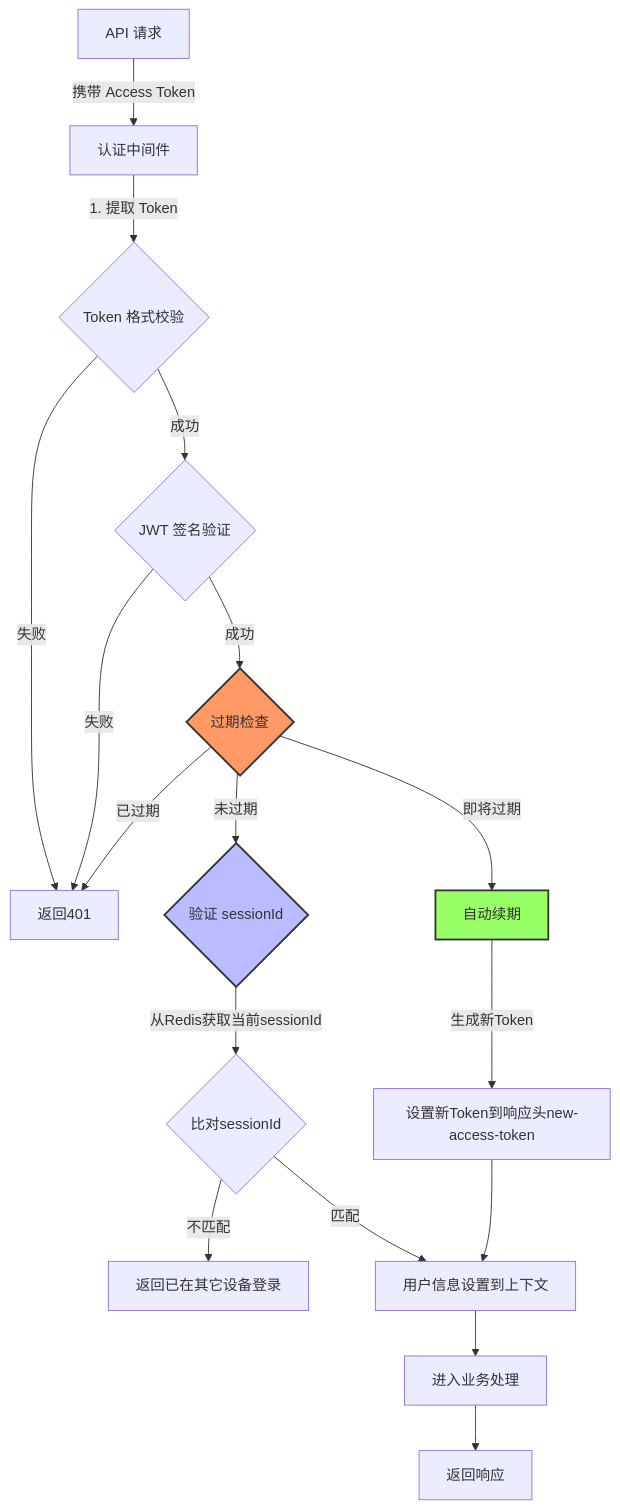
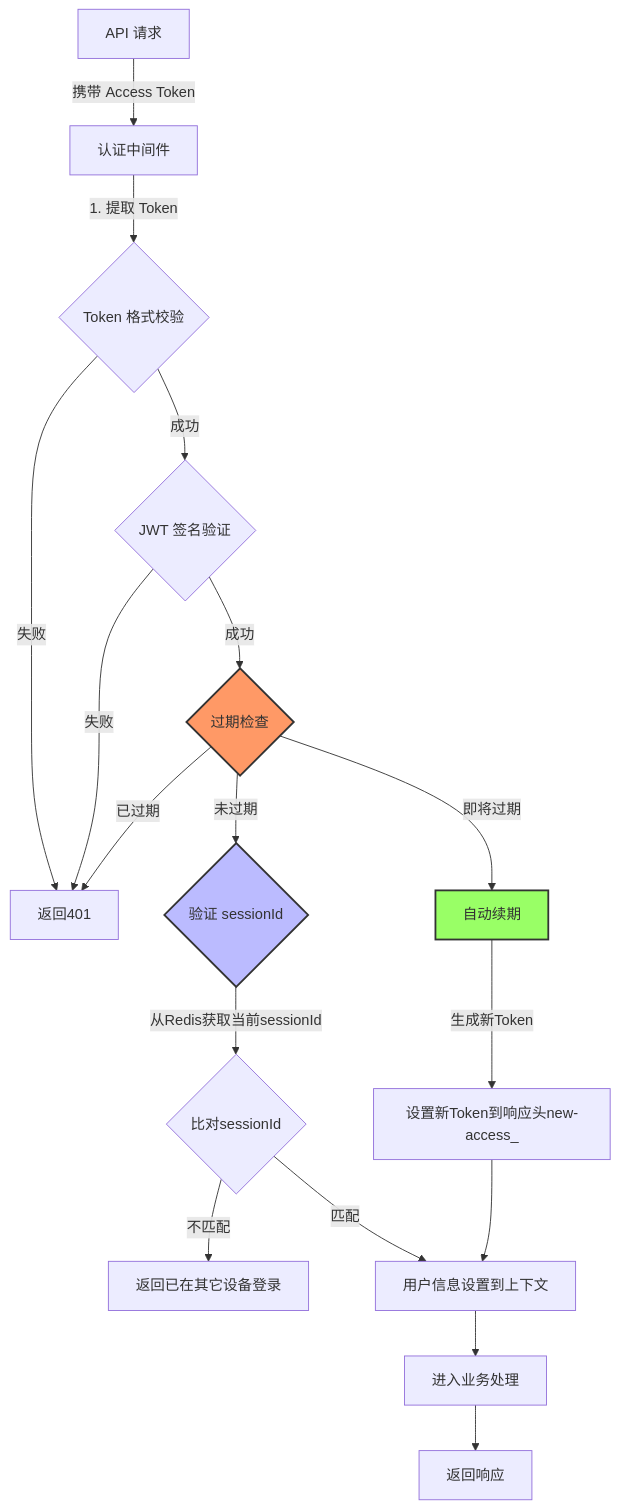
Before and after one commit to yingjianzh/iodraw-files: the diagram in all/未命名-13.md, drawn with Mermaid.

Commit message:
2025-01-02 16:11:55 update

````diff
--- a/all/未命名-13.md
+++ b/all/未命名-13.md
@@ -1,29 +1,29 @@
 ```mermaid
 
 flowchart TD
     
     A[API 请求] -->|携带 Access Token| B[认证中间件]
     B -->|1. 提取 Token| C{Token 格式校验}
     C -->|失败| D[返回401]
     C -->|成功| E{JWT 签名验证}
     E -->|失败| D
     E -->|成功| F{过期检查}
     
     F -->|已过期| D
     F -->|即将过期| G[自动续期]
     F -->|未过期| H{验证 sessionId}
     
     H -->|从Redis获取当前sessionId| I{比对sessionId}
     I -->|不匹配| J[返回已在其它设备登录]
     I -->|匹配| K[用户信息设置到上下文]
     K --> L[进入业务处理]
     L --> N[返回响应]
     
-    G -->|生成新Token| M[设置新Token到响应头new-access-token]
+    G -->|生成新Token| M[设置新Token到响应头new-access_]
     M --> K
 
     style F fill:#f96,stroke:#333,stroke-width:2px
     style H fill:#bbf,stroke:#333,stroke-width:2px
     style G fill:#9f6,stroke:#333,stroke-width:2px
 
 ```
````
